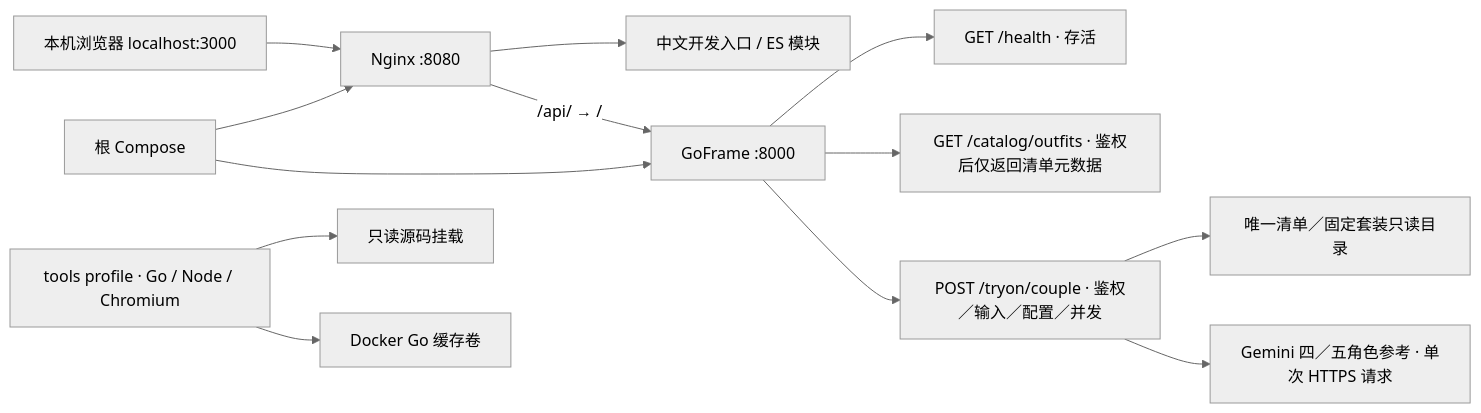
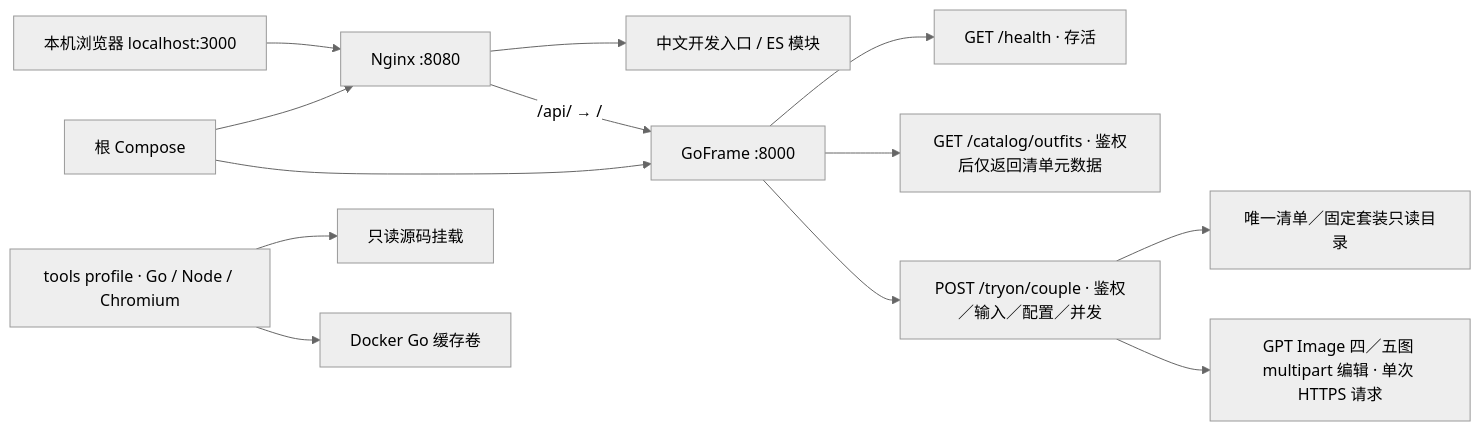
Before and after one commit to ZT1314888/VowMirror: the diagram in docs/Project_Architecture_Blueprint.md, drawn with Mermaid (neutral theme). The commit also changed other lines of this file and 40 other files, not shown here.

Commit message:
feat: 完成 Phase 7 GPT Image 接入与模型评测

````diff
--- a/docs/Project_Architecture_Blueprint.md
+++ b/docs/Project_Architecture_Blueprint.md
@@ -7,15 +7,15 @@
 ```mermaid
 flowchart LR
   Browser["本机浏览器 localhost:3000"] --> Web["Nginx :8080"]
   Web --> Static["中文开发入口 / ES 模块"]
   Web -->|"/api/ → /"| Backend["GoFrame :8000"]
   Backend --> Health["GET /health · 存活"]
   Backend --> Catalog["GET /catalog/outfits · 鉴权后仅返回清单元数据"]
   Backend --> Couple["POST /tryon/couple · 鉴权／输入／配置／并发"]
   Couple --> Outfits["唯一清单／固定套装只读目录"]
-  Couple --> Gemini["Gemini 四／五角色参考 · 单次 HTTPS 请求"]
+  Couple --> GPTImage["GPT Image 四／五图 multipart 编辑 · 单次 HTTPS 请求"]
   Compose["根 Compose"] --> Web
   Compose --> Backend
   Tools["tools profile · Go / Node / Chromium"] --> Source["只读源码挂载"]
   Tools --> Cache["Docker Go 缓存卷"]
 ```
````
